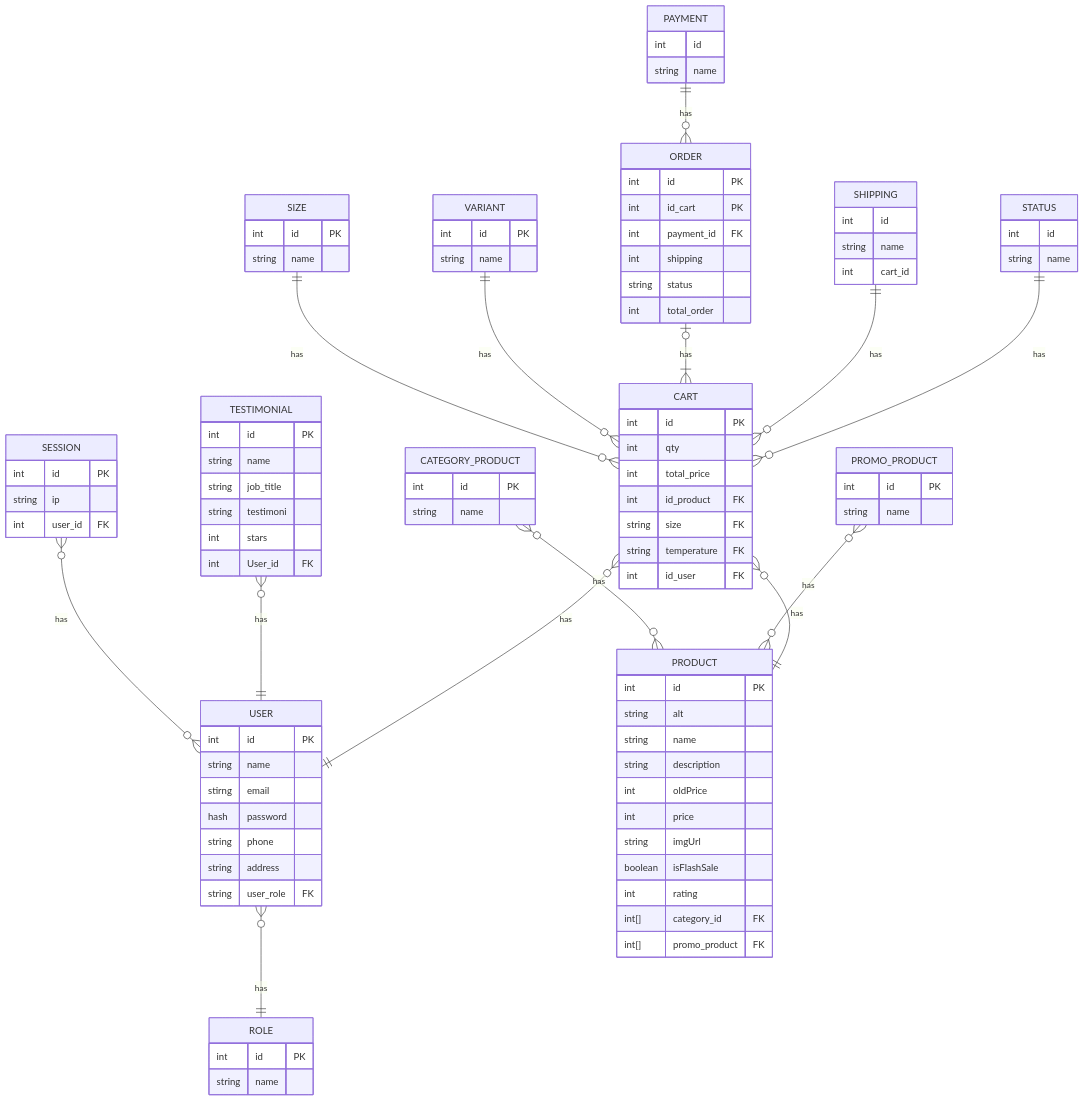
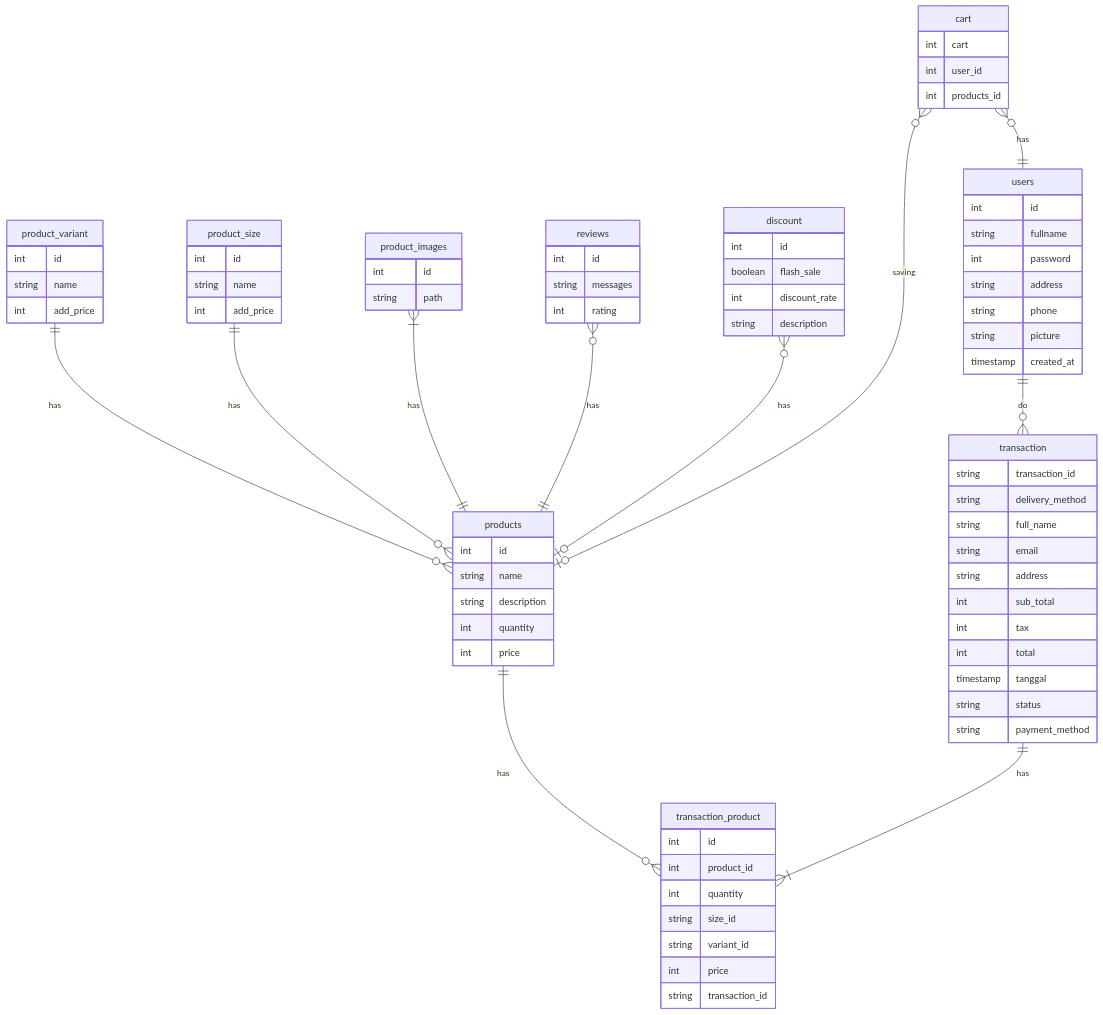
The diagram in README.md (Arif14377/koda-b6-db), drawn with Mermaid before and after one commit. The commit also changed other lines of this file, not shown here.

Commit message:
feat: create ERD e-commerce coffee shop

````diff
--- a/README.md
+++ b/README.md
@@ -1,116 +4,91 @@
 ```mermaid
     erDiagram
 
-    USER }o--|| ROLE : has
-    USER {
-        int id PK
-        string name
-        stirng email
-        hash password
+    users ||--o{ transaction : do
+    users {
+        int id
+        string fullname
+        int password
+        string address
         string phone
-        string address
-        string user_role FK
+        string picture
+        timestamp created_at
     }
 
-    ROLE {
-        int id PK
+    products ||--o{ transaction_product : has
+    products {
+        int id
         string name
+        string description
+        int quantity
+        int price
+    }
+    product_variant ||--o{ products : has
+    product_variant {
+        int id
+        string name
+        int add_price
     }
 
-    SESSION }o--o{ USER : has
-    SESSION {
-        int id PK
-        string ip
-        int user_id FK
+    product_size ||--o{ products : has
+    product_size {
+        int id
+        string name
+        int add_price
     }
 
-    PRODUCT {
-        int id PK
-        string alt
-        string name
-        string description
-        int oldPrice
-        int price
-        string imgUrl
-        boolean isFlashSale
-        int rating
-        int[] category_id FK
-        int[] promo_product FK
+    product_images }|--|| products : has
+    product_images {
+        int id
+        string path
     }
 
-    CATEGORY_PRODUCT }o--o{ PRODUCT : has
-    CATEGORY_PRODUCT {
-        int id PK
-        string name
+    reviews }o--|| products : has
+    reviews {
+        int id
+        string messages
+        int rating
     }
 
-    PROMO_PRODUCT }o--o{ PRODUCT : has
-    PROMO_PRODUCT {
-        int id PK
-        string name
+    transaction ||--|{ transaction_product : has
+    transaction {
+        string transaction_id
+        string delivery_method
+        string full_name
+        string email
+        string address
+        int sub_total
+        int tax
+        int total
+        timestamp tanggal
+        string status
+        string payment_method
     }
 
-    TESTIMONIAL }o--|| USER : has
-    TESTIMONIAL {
-        int id PK
-        string name
-        string job_title
-        string testimoni
-        int stars
-        int User_id FK
+    transaction_product {
+        int id
+        int product_id
+        int quantity
+        string size_id
+        string variant_id
+        int price
+        string transaction_id
     }
 
-    CART }o--|| PRODUCT : has
-    CART }o--|| USER : has
-    CART {
-        int id PK
-        int qty
-        int total_price
-        int id_product FK
-        string size FK
-        string temperature FK
-        int id_user FK
+    discount }o--o| products : has
+    discount {
+        int id
+        boolean flash_sale
+        int discount_rate
+        string description
     }
 
-    SIZE ||--o{ CART : has
-    SIZE {
-        int id PK
-        string name
-    }
-
-    VARIANT ||--o{ CART : has
-    VARIANT {
-        int id PK
-        string name
-    }
-
-    ORDER |o--|{ CART : has
-    ORDER {
-        int id PK
-        int id_cart PK
-        int payment_id FK
-        int shipping
-        string status
-        int total_order
-    }
-
-    PAYMENT ||--o{ ORDER : has
-    PAYMENT {
-        int id
-        string name
-    }
-
-    SHIPPING ||--o{ CART : has
-    SHIPPING {
-        int id
-        string name
-        int cart_id
-    }
-
-    STATUS ||--o{ CART : has
-    STATUS {
-        int id
-        string name
+    cart }o--|| users : has
+    cart }o--o| products : saving
+    cart {
+        int cart
+        int user_id
+        int products_id
     }
 
 ```
````
